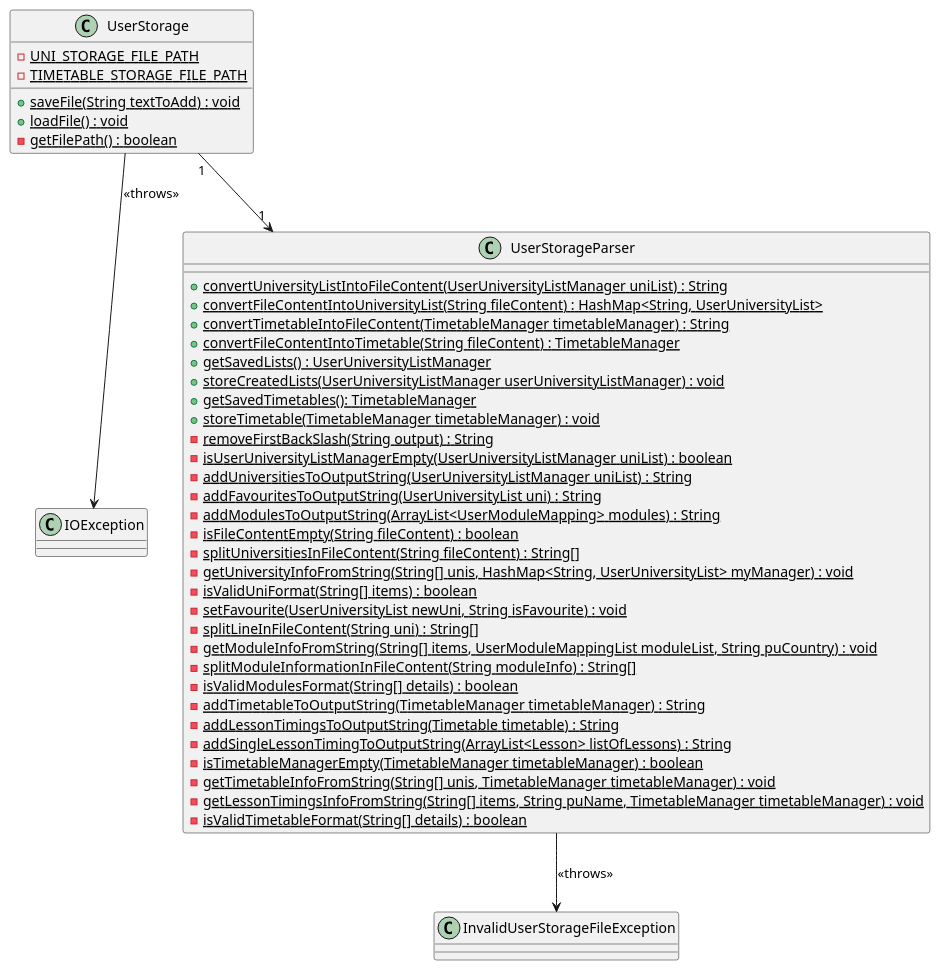
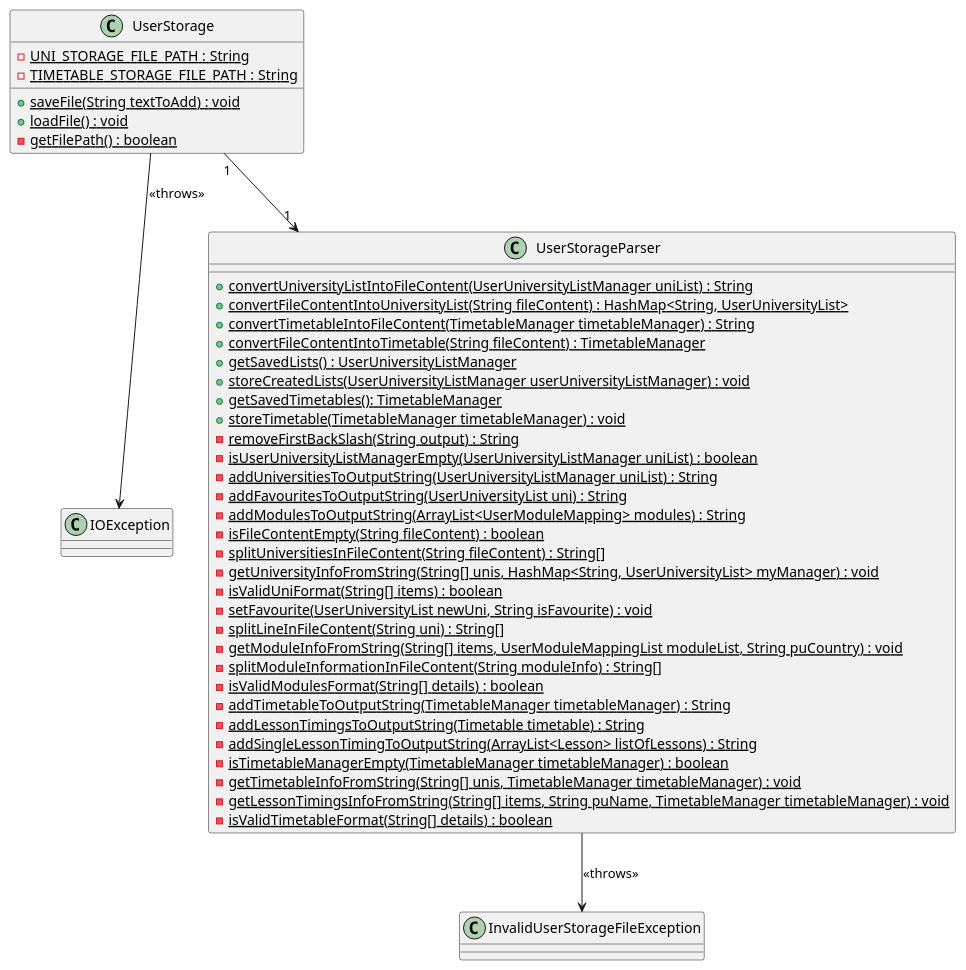
The diagram in docs/diagrams/UserStorage_Class.puml (nus-cs2113-AY2223S1/tp), drawn with PlantUML before and after one commit.

Commit message:
Update UserStorage class diagram

```diff
--- a/docs/diagrams/UserStorage_Class.puml
+++ b/docs/diagrams/UserStorage_Class.puml
@@ -1,55 +1,55 @@
 @startuml
 
 class UserStorage {
-    {static} - UNI_STORAGE_FILE_PATH
-    {static} - TIMETABLE_STORAGE_FILE_PATH
+    {static} - UNI_STORAGE_FILE_PATH : String
+    {static} - TIMETABLE_STORAGE_FILE_PATH : String
 
     {static} + saveFile(String textToAdd) : void
     {static} + loadFile() : void
     {static} - getFilePath() : boolean
 }
 
 class IOException {
 
 }
 
 class UserStorageParser {
     {static} + convertUniversityListIntoFileContent(UserUniversityListManager uniList) : String
     {static} + convertFileContentIntoUniversityList(String fileContent) : HashMap<String, UserUniversityList>
     {static} + convertTimetableIntoFileContent(TimetableManager timetableManager) : String
     {static} + convertFileContentIntoTimetable(String fileContent) : TimetableManager
     {static} + getSavedLists() : UserUniversityListManager
     {static} + storeCreatedLists(UserUniversityListManager userUniversityListManager) : void
     {static} + getSavedTimetables(): TimetableManager
     {static} + storeTimetable(TimetableManager timetableManager) : void
     {static} - removeFirstBackSlash(String output) : String
     {static} - isUserUniversityListManagerEmpty(UserUniversityListManager uniList) : boolean
     {static} - addUniversitiesToOutputString(UserUniversityListManager uniList) : String
     {static} - addFavouritesToOutputString(UserUniversityList uni) : String
     {static} - addModulesToOutputString(ArrayList<UserModuleMapping> modules) : String
     {static} - isFileContentEmpty(String fileContent) : boolean
     {static} - splitUniversitiesInFileContent(String fileContent) : String[]
     {static} - getUniversityInfoFromString(String[] unis, HashMap<String, UserUniversityList> myManager) : void
     {static} - isValidUniFormat(String[] items) : boolean
     {static} - setFavourite(UserUniversityList newUni, String isFavourite) : void
     {static} - splitLineInFileContent(String uni) : String[]
     {static} - getModuleInfoFromString(String[] items, UserModuleMappingList moduleList, String puCountry) : void
     {static} - splitModuleInformationInFileContent(String moduleInfo) : String[]
     {static} - isValidModulesFormat(String[] details) : boolean
     {static} - addTimetableToOutputString(TimetableManager timetableManager) : String
     {static} - addLessonTimingsToOutputString(Timetable timetable) : String
     {static} - addSingleLessonTimingToOutputString(ArrayList<Lesson> listOfLessons) : String
     {static} - isTimetableManagerEmpty(TimetableManager timetableManager) : boolean
     {static} - getTimetableInfoFromString(String[] unis, TimetableManager timetableManager) : void
     {static} - getLessonTimingsInfoFromString(String[] items, String puName, TimetableManager timetableManager) : void
     {static} - isValidTimetableFormat(String[] details) : boolean
 }
 
 class InvalidUserStorageFileException {
 
 }
 
 UserStorage --> IOException : <<throws>>
 UserStorage "1" --> "1" UserStorageParser
 UserStorageParser --> InvalidUserStorageFileException : << throws>>
 @enduml
```
